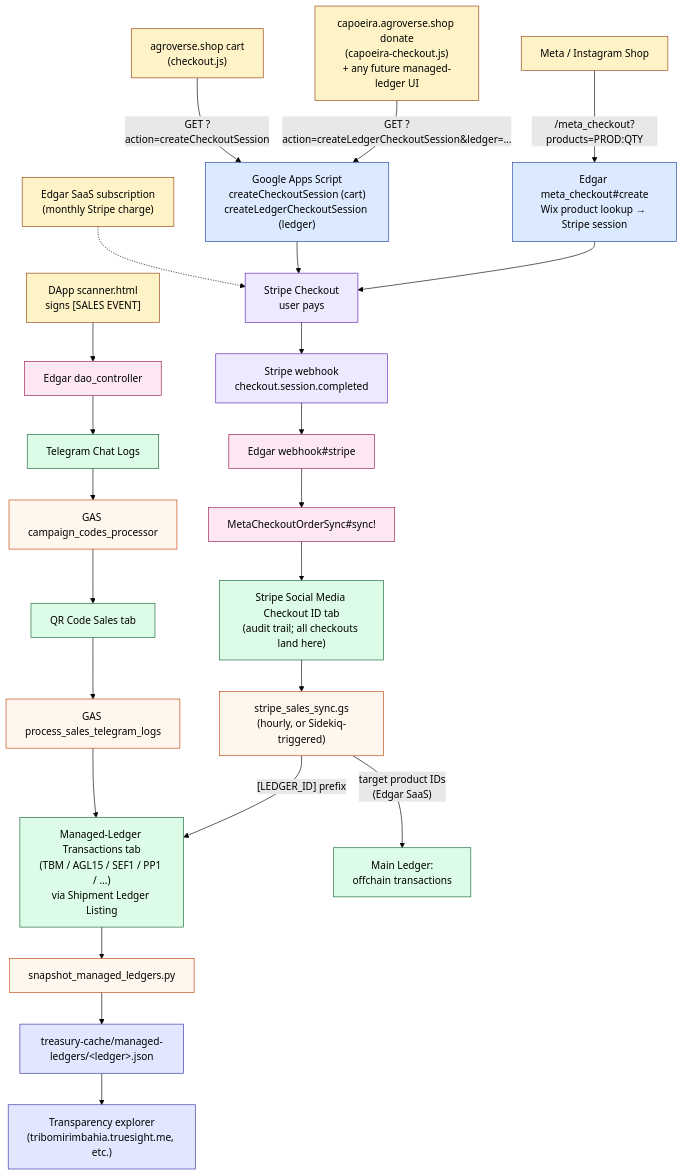
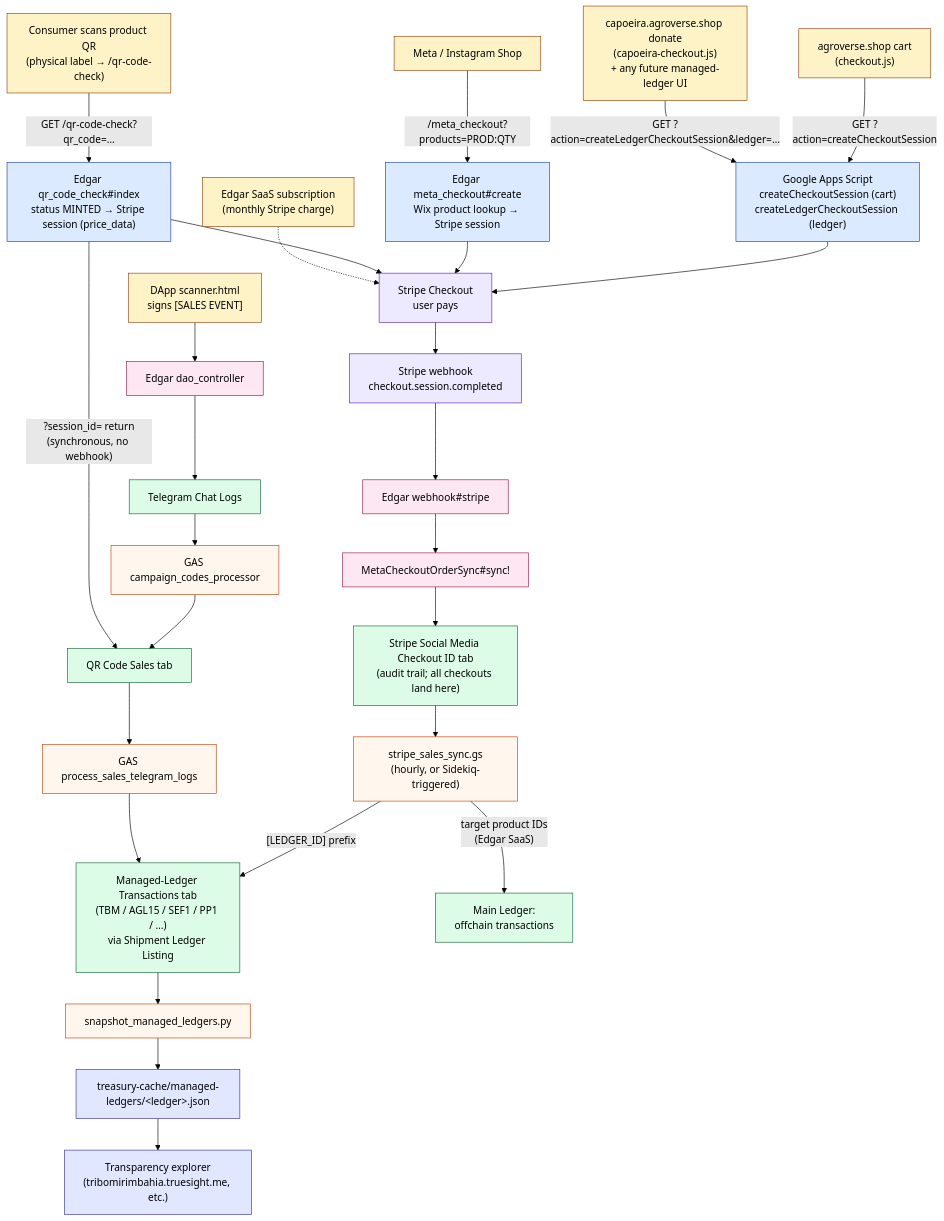
The diagram in STRIPE_LEDGER_ROUTING.md (TrueSightDAO/agentic_ai_context), drawn with Mermaid (forest theme) before and after one commit. The commit also changed other lines of this file and 3 other files, not shown here.

First line of the commit message:
docs: execution-roadmap convention + Edgar→dao_protocol extraction plan

````diff
--- a/STRIPE_LEDGER_ROUTING.md
+++ b/STRIPE_LEDGER_ROUTING.md
@@ -15,57 +15,62 @@
 ```mermaid
 flowchart TD
-    %% --- ENTRY POINTS (5 origins) ---
+    %% --- ENTRY POINTS (6 origins) ---
     AGR["agroverse.shop cart<br/>(checkout.js)"]:::entry
     CAP["capoeira.agroverse.shop donate<br/>(capoeira-checkout.js)<br/>+ any future managed-ledger UI"]:::entry
     META["Meta / Instagram Shop"]:::entry
     SAAS["Edgar SaaS subscription<br/>(monthly Stripe charge)"]:::entry
     DAPP["DApp scanner.html<br/>signs [SALES EVENT]"]:::entry
+    QRSCAN["Consumer scans product QR<br/>(physical label → /qr-code-check)"]:::entry
 
     %% --- SESSION CREATION ---
     GAS["Google Apps Script<br/>createCheckoutSession (cart)<br/>createLedgerCheckoutSession (ledger)"]:::create
     EDGAR_MC["Edgar meta_checkout#create<br/>Wix product lookup → Stripe session"]:::create
+    EDGAR_QR["Edgar qr_code_check#index<br/>status MINTED → Stripe session (price_data)"]:::create
 
     AGR -- "GET ?action=createCheckoutSession" --> GAS
     CAP -- "GET ?action=createLedgerCheckoutSession&ledger=…" --> GAS
     META -- "/meta_checkout?products=PROD:QTY" --> EDGAR_MC
+    QRSCAN -- "GET /qr-code-check?qr_code=…" --> EDGAR_QR
 
     %% --- STRIPE ---
     STRIPE["Stripe Checkout<br/>user pays"]:::stripe
     GAS --> STRIPE
     EDGAR_MC --> STRIPE
+    EDGAR_QR --> STRIPE
     SAAS -.-> STRIPE
 
     %% --- WEBHOOK PATH ---
     HOOK["Stripe webhook<br/>checkout.session.completed"]:::stripe
     STRIPE --> HOOK
     HOOK --> EW["Edgar webhook#stripe"]:::edgar
     EW --> MCS["MetaCheckoutOrderSync#sync!"]:::edgar
     MCS --> SL["Stripe Social Media Checkout ID tab<br/>(audit trail; all checkouts land here)"]:::sheet
 
     %% --- DAPP PATH (no Stripe) ---
     DAPP --> EDAO["Edgar dao_controller"]:::edgar
     EDAO --> TG["Telegram Chat Logs"]:::sheet
     TG --> GCP["GAS campaign_codes_processor"]:::gasproc
     GCP --> QR["QR Code Sales tab"]:::sheet
+    EDGAR_QR -- "?session_id= return<br/>(synchronous, no webhook)" --> QR
 
     %% --- ROUTING ---
     SL --> RT["stripe_sales_sync.gs<br/>(hourly, or Sidekiq-triggered)"]:::gasproc
     QR --> PSL["GAS process_sales_telegram_logs"]:::gasproc
 
     RT -- "[LEDGER_ID] prefix" --> ML["Managed-Ledger Transactions tab<br/>(TBM / AGL15 / SEF1 / PP1 / …)<br/>via Shipment Ledger Listing"]:::sheet
     RT -- "target product IDs<br/>(Edgar SaaS)" --> MLG["Main Ledger:<br/>offchain transactions"]:::sheet
     PSL --> ML
 
     %% --- PUBLIC SURFACE ---
     ML --> SNP["snapshot_managed_ledgers.py"]:::gasproc
     SNP --> TC["treasury-cache/managed-ledgers/&lt;ledger&gt;.json"]:::publish
     TC --> EXP["Transparency explorer<br/>(tribomirimbahia.truesight.me, etc.)"]:::publish
 
     classDef entry fill:#fef3c7,stroke:#92400e,color:#000
     classDef create fill:#dbeafe,stroke:#1e40af,color:#000
     classDef stripe fill:#ede9fe,stroke:#5b21b6,color:#000
     classDef edgar fill:#fce7f3,stroke:#9d174d,color:#000
     classDef sheet fill:#dcfce7,stroke:#166534,color:#000
     classDef gasproc fill:#fff7ed,stroke:#c2410c,color:#000
     classDef publish fill:#e0e7ff,stroke:#3730a3,color:#000
 ```
````
